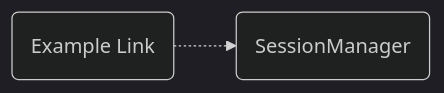
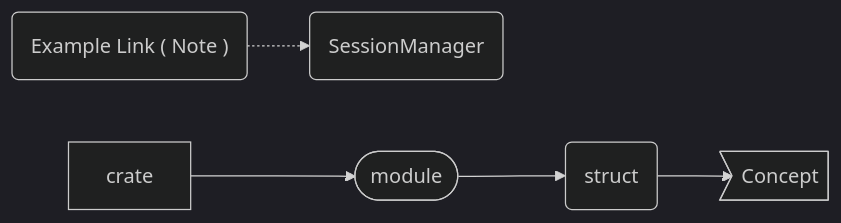
The first of 2 diagrams in src/README.md (fishfolk/jumpy), drawn with Mermaid (dark theme) before and after one commit. The commit also changed other lines of this file and 23 other files, not shown here.

First line of the commit message:
docs(architecture): fill in a lot of jumpy_core architecture docs. (#805)

```diff
--- a/src/README.md
+++ b/src/README.md
@@ -26,6 +28,7 @@
 <pre class="mermaid">
 graph LR
-  sm(SessionManager):::code
+  ex("Example Link ( Note )"):::dotted -.-> sm(SessionManager):::code
   click sm call docLink(jumpy/session/struct.SessionManager.html)
-  ex(Example Link) -.-> sm
+
+  crate:::code --> module([module]):::code --> struct(struct):::code --> concept>Concept]
 </pre>
```
